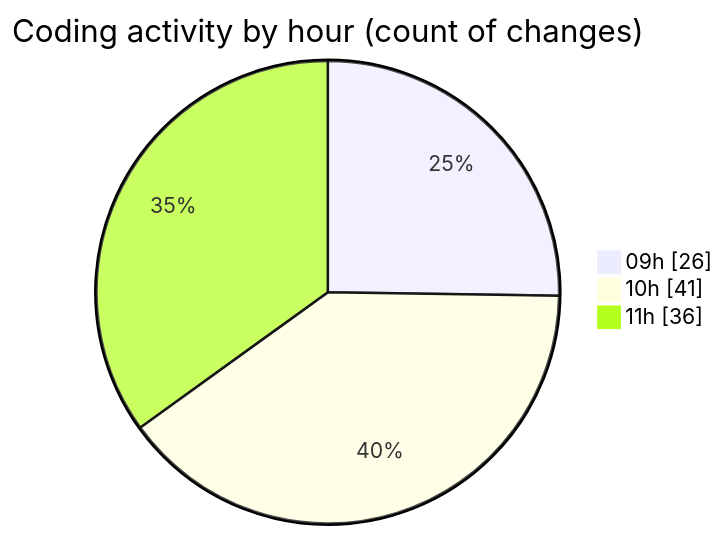
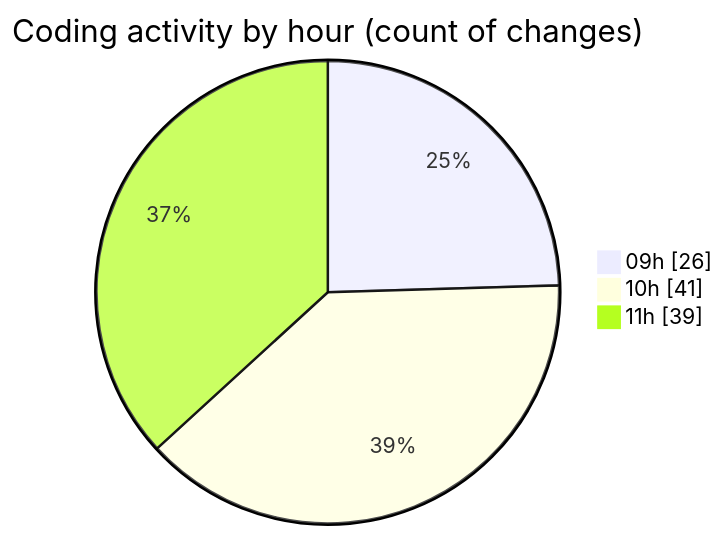
One commit to momahboobian/code-tracking changed the second of 2 diagrams in 2026-05-12/cda/README.md. Above: the diagram before and after it, drawn with Mermaid. The commit also changed other lines of this file and 1 other file, not shown here.

````diff
--- a/2026-05-12/cda/README.md
+++ b/2026-05-12/cda/README.md
@@ -51,7 +51,7 @@
 ```mermaid
 pie showData
 title Coding activity by hour (count of changes)
 "09h" : 26
 "10h" : 41
-"11h" : 36
+"11h" : 39
 ```
````
